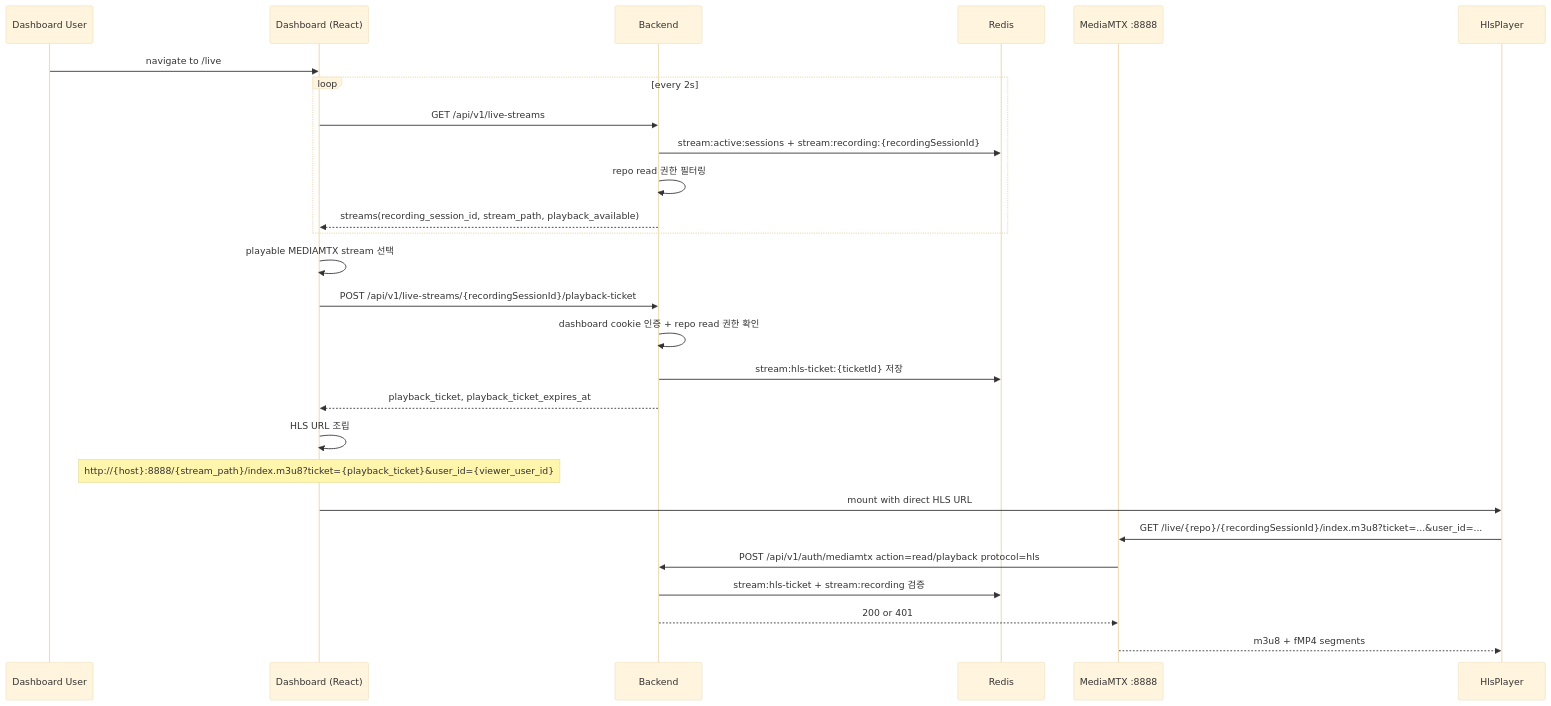
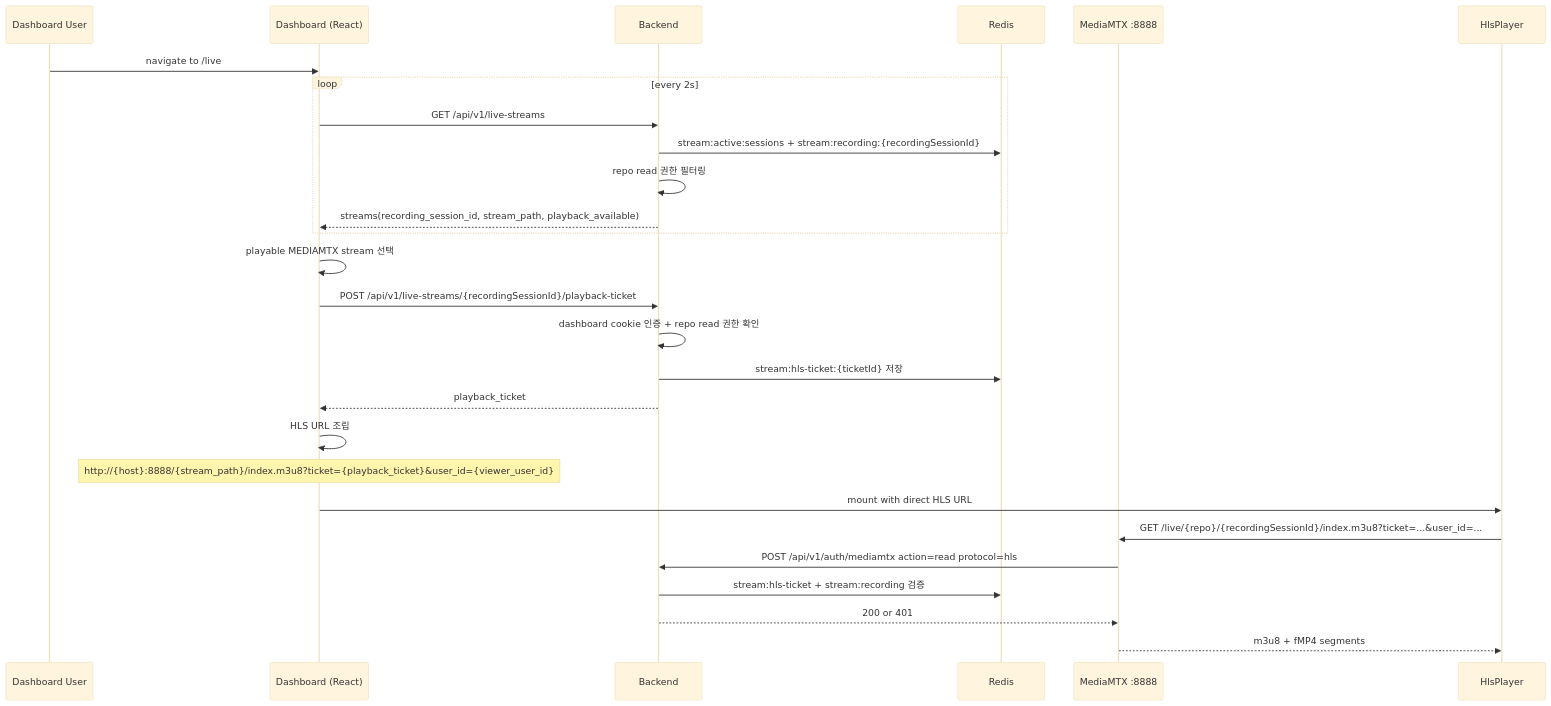
The fourth of 7 diagrams in docs/09. project_streaming.md (ego-flow/ego-flow-server), drawn with Mermaid (base theme) before and after one commit. The commit also changed other lines of this file and 19 other files, not shown here.

Commit message:
[Streaming] HLS playback auth 단순화

````diff
--- a/docs/09. project_streaming.md
+++ b/docs/09. project_streaming.md
@@ -232,30 +232,30 @@
 ```mermaid
 sequenceDiagram
     participant User as Dashboard User
     participant FE as Dashboard (React)
     participant BE as Backend
     participant Redis
     participant MTX as MediaMTX :8888
     participant HP as HlsPlayer
 
     User->>FE: navigate to /live
     loop every 2s
         FE->>BE: GET /api/v1/live-streams
         BE->>Redis: stream:active:sessions + stream:recording:{recordingSessionId}
         BE->>BE: repo read 권한 필터링
         BE-->>FE: streams(recording_session_id, stream_path, playback_available)
     end
     FE->>FE: playable MEDIAMTX stream 선택
     FE->>BE: POST /api/v1/live-streams/{recordingSessionId}/playback-ticket
     BE->>BE: dashboard cookie 인증 + repo read 권한 확인
     BE->>Redis: stream:hls-ticket:{ticketId} 저장
-    BE-->>FE: playback_ticket, playback_ticket_expires_at
+    BE-->>FE: playback_ticket
     FE->>FE: HLS URL 조립
     Note over FE: http://{host}:8888/{stream_path}/index.m3u8?ticket={playback_ticket}&user_id={viewer_user_id}
     FE->>HP: mount with direct HLS URL
     HP->>MTX: GET /live/{repo}/{recordingSessionId}/index.m3u8?ticket=...&user_id=...
-    MTX->>BE: POST /api/v1/auth/mediamtx action=read/playback protocol=hls
+    MTX->>BE: POST /api/v1/auth/mediamtx action=read protocol=hls
     BE->>Redis: stream:hls-ticket + stream:recording 검증
     BE-->>MTX: 200 or 401
     MTX-->>HP: m3u8 + fMP4 segments
 ```
````
